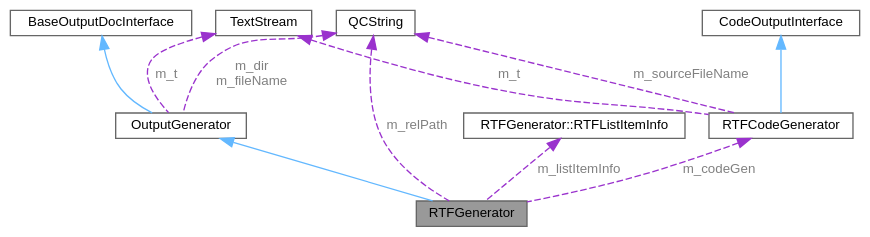
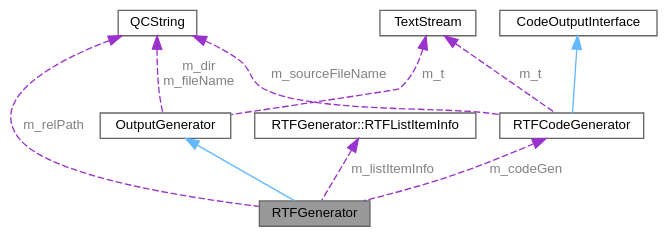
One commit to tim-gromeyer/doxygen changed the diagram in d0/d0b/class_r_t_f_generator__coll__graph.dot. Above: the diagram before and after it, drawn with Graphviz. The commit also changed 3637 other files, not shown here.

```diff
--- a/d0/d0b/class_r_t_f_generator__coll__graph.dot
+++ b/d0/d0b/class_r_t_f_generator__coll__graph.dot
@@ -1,26 +1,24 @@
 digraph "RTFGenerator"
 {
  // INTERACTIVE_SVG=YES
  // LATEX_PDF_SIZE
   bgcolor="transparent";
   edge [fontname=Helvetica,fontsize=10,labelfontname=Helvetica,labelfontsize=10];
   node [fontname=Helvetica,fontsize=10,shape=box,height=0.2,width=0.4];
   Node1 [label="RTFGenerator",height=0.2,width=0.4,color="gray40", fillcolor="grey60", style="filled", fontcolor="black",tooltip="Generator for RTF output."];
   Node2 -> Node1 [dir="back",color="steelblue1",style="solid"];
   Node2 [label="OutputGenerator",height=0.2,width=0.4,color="gray40", fillcolor="white", style="filled",URL="$d3/d8e/class_output_generator.html",tooltip="Abstract output generator."];
-  Node3 -> Node2 [dir="back",color="steelblue1",style="solid"];
-  Node3 [label="BaseOutputDocInterface",height=0.2,width=0.4,color="gray40", fillcolor="white", style="filled",URL="$df/d27/class_base_output_doc_interface.html",tooltip="Base Interface used for generating output outside of the comment blocks."];
-  Node4 -> Node2 [dir="back",color="darkorchid3",style="dashed",label=" m_t",fontcolor="grey" ];
-  Node4 [label="TextStream",height=0.2,width=0.4,color="gray40", fillcolor="white", style="filled",URL="$d3/d30/class_text_stream.html",tooltip="Text streaming class that buffers data."];
-  Node5 -> Node2 [dir="back",color="darkorchid3",style="dashed",label=" m_dir\nm_fileName",fontcolor="grey" ];
-  Node5 [label="QCString",height=0.2,width=0.4,color="gray40", fillcolor="white", style="filled",URL="$d9/d45/class_q_c_string.html",tooltip="This is an alternative implementation of QCString."];
-  Node5 -> Node1 [dir="back",color="darkorchid3",style="dashed",label=" m_relPath",fontcolor="grey" ];
-  Node6 -> Node1 [dir="back",color="darkorchid3",style="dashed",label=" m_listItemInfo",fontcolor="grey" ];
-  Node6 [label="RTFGenerator::RTFListItemInfo",height=0.2,width=0.4,color="gray40", fillcolor="white", style="filled",URL="$d3/d18/struct_r_t_f_generator_1_1_r_t_f_list_item_info.html",tooltip=" "];
-  Node7 -> Node1 [dir="back",color="darkorchid3",style="dashed",label=" m_codeGen",fontcolor="grey" ];
-  Node7 [label="RTFCodeGenerator",height=0.2,width=0.4,color="gray40", fillcolor="white", style="filled",URL="$d2/df7/class_r_t_f_code_generator.html",tooltip="Generator for RTF code fragments."];
-  Node8 -> Node7 [dir="back",color="steelblue1",style="solid"];
-  Node8 [label="CodeOutputInterface",height=0.2,width=0.4,color="gray40", fillcolor="white", style="filled",URL="$d5/d9c/class_code_output_interface.html",tooltip="Output interface for code parser."];
-  Node4 -> Node7 [dir="back",color="darkorchid3",style="dashed",label=" m_t",fontcolor="grey" ];
-  Node5 -> Node7 [dir="back",color="darkorchid3",style="dashed",label=" m_sourceFileName",fontcolor="grey" ];
+  Node3 -> Node2 [dir="back",color="darkorchid3",style="dashed",label=" m_t",fontcolor="grey" ];
+  Node3 [label="TextStream",height=0.2,width=0.4,color="gray40", fillcolor="white", style="filled",URL="$d3/d30/class_text_stream.html",tooltip="Text streaming class that buffers data."];
+  Node4 -> Node2 [dir="back",color="darkorchid3",style="dashed",label=" m_dir\nm_fileName",fontcolor="grey" ];
+  Node4 [label="QCString",height=0.2,width=0.4,color="gray40", fillcolor="white", style="filled",URL="$d9/d45/class_q_c_string.html",tooltip="This is an alternative implementation of QCString."];
+  Node4 -> Node1 [dir="back",color="darkorchid3",style="dashed",label=" m_relPath",fontcolor="grey" ];
+  Node5 -> Node1 [dir="back",color="darkorchid3",style="dashed",label=" m_listItemInfo",fontcolor="grey" ];
+  Node5 [label="RTFGenerator::RTFListItemInfo",height=0.2,width=0.4,color="gray40", fillcolor="white", style="filled",URL="$d3/d18/struct_r_t_f_generator_1_1_r_t_f_list_item_info.html",tooltip=" "];
+  Node6 -> Node1 [dir="back",color="darkorchid3",style="dashed",label=" m_codeGen",fontcolor="grey" ];
+  Node6 [label="RTFCodeGenerator",height=0.2,width=0.4,color="gray40", fillcolor="white", style="filled",URL="$d2/df7/class_r_t_f_code_generator.html",tooltip="Generator for RTF code fragments."];
+  Node7 -> Node6 [dir="back",color="steelblue1",style="solid"];
+  Node7 [label="CodeOutputInterface",height=0.2,width=0.4,color="gray40", fillcolor="white", style="filled",URL="$d5/d9c/class_code_output_interface.html",tooltip="Output interface for code parser."];
+  Node3 -> Node6 [dir="back",color="darkorchid3",style="dashed",label=" m_t",fontcolor="grey" ];
+  Node4 -> Node6 [dir="back",color="darkorchid3",style="dashed",label=" m_sourceFileName",fontcolor="grey" ];
 }
```
